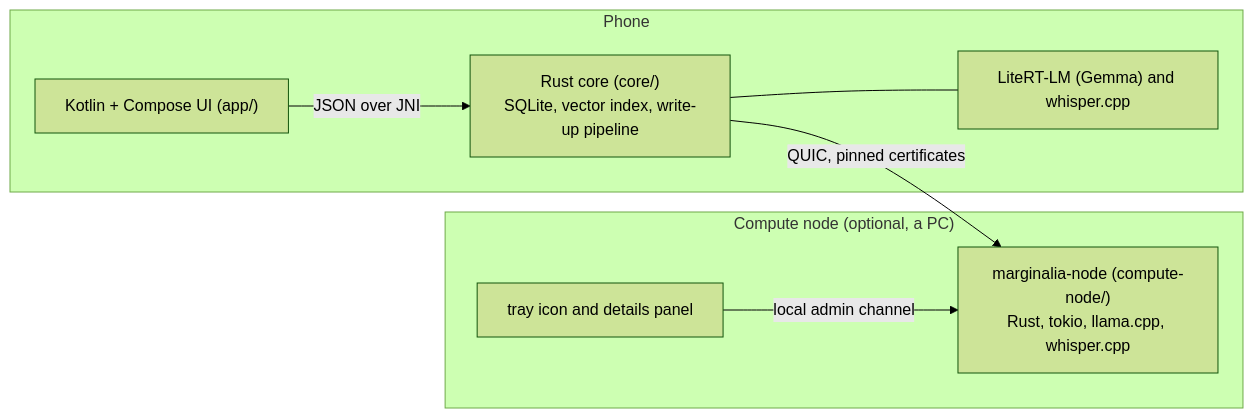
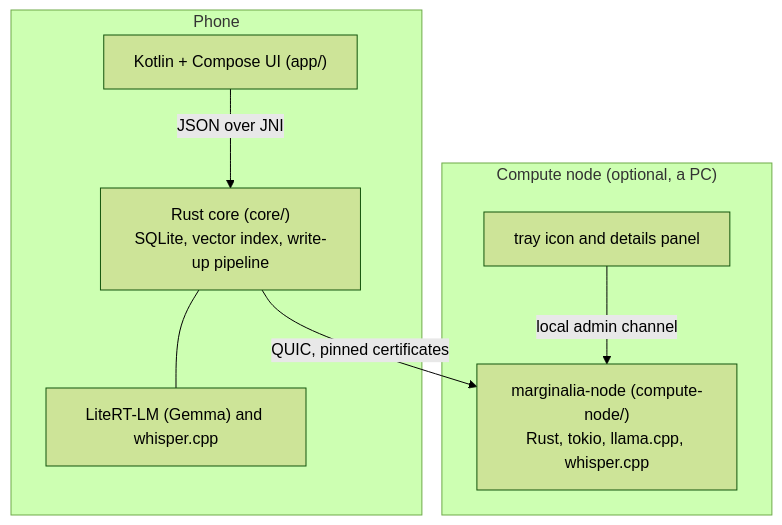
Before and after one commit to ashwani762/Marginalia: the diagram in README.md, drawn with Mermaid (forest theme). The commit also changed other lines of this file, not shown here.

Commit message:
[repo] README images and diagram layout

````diff
--- a/README.md
+++ b/README.md
@@ -56,16 +60,16 @@
 ```mermaid
-flowchart LR
+flowchart TB
     subgraph Phone
         UI["Kotlin + Compose UI (app/)"]
         Core["Rust core (core/)<br/>SQLite, vector index, write-up pipeline"]
         AI["LiteRT-LM (Gemma) and whisper.cpp"]
         UI -- "JSON over JNI" --> Core
         Core --- AI
     end
-    subgraph "Compute node (optional, a PC)"
+    subgraph NodeBox ["Compute node (optional, a PC)"]
         Node["marginalia-node (compute-node/)<br/>Rust, tokio, llama.cpp, whisper.cpp"]
         Tray["tray icon and details panel"]
         Tray -- "local admin channel" --> Node
     end
     Core -- "QUIC, pinned certificates" --> Node
 ```
````
